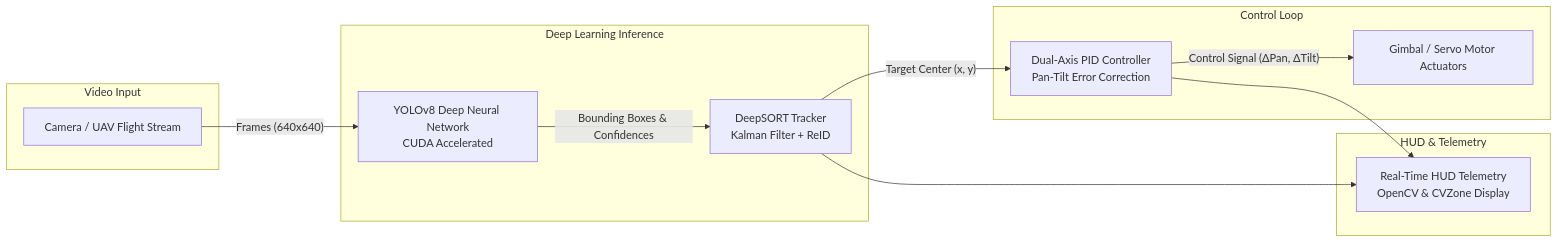
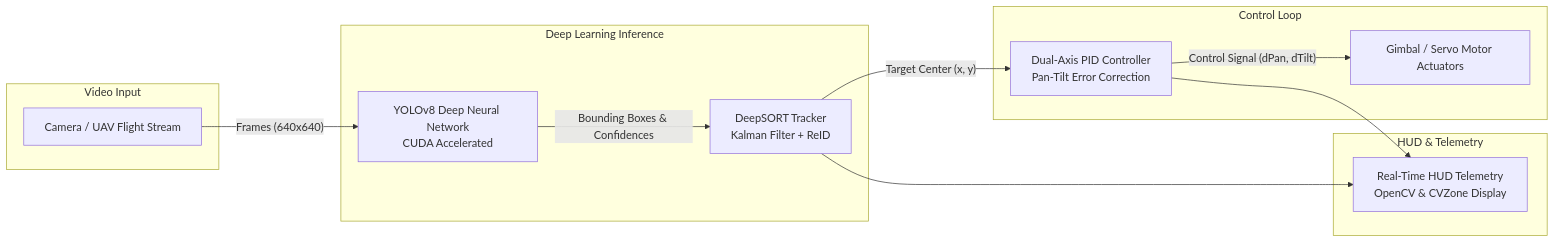
One commit to Raveloon/UAV-Target-Tracking-YOLOv8- changed the diagram in README.md. Above: the diagram before and after it, drawn with Mermaid.

Commit message:
fix: replace Unicode delta chars in mermaid pipe label (PS token error)

````diff
--- a/README.md
+++ b/README.md
@@ -16,21 +16,21 @@
 ```mermaid
 flowchart LR
     subgraph Video_Input["Video Input"]
         Cam["Camera / UAV Flight Stream"]
     end
 
     subgraph Deep_Learning["Deep Learning Inference"]
         Cam -->|"Frames (640x640)"| YOLO["YOLOv8 Deep Neural Network<br/>CUDA Accelerated"]
         YOLO -->|"Bounding Boxes & Confidences"| DeepSORT["DeepSORT Tracker<br/>Kalman Filter + ReID"]
     end
 
     subgraph Control_Loop["Control Loop"]
         DeepSORT -->|"Target Center (x, y)"| PID["Dual-Axis PID Controller<br/>Pan-Tilt Error Correction"]
-        PID -->|"Control Signal (ΔPan, ΔTilt)"| Actuator["Gimbal / Servo Motor Actuators"]
+        PID -->|"Control Signal (dPan, dTilt)"| Actuator["Gimbal / Servo Motor Actuators"]
     end
 
     subgraph HUD_Telemetry["HUD & Telemetry"]
         DeepSORT --> Vis["Real-Time HUD Telemetry<br/>OpenCV & CVZone Display"]
         PID --> Vis
     end
 ```
````
